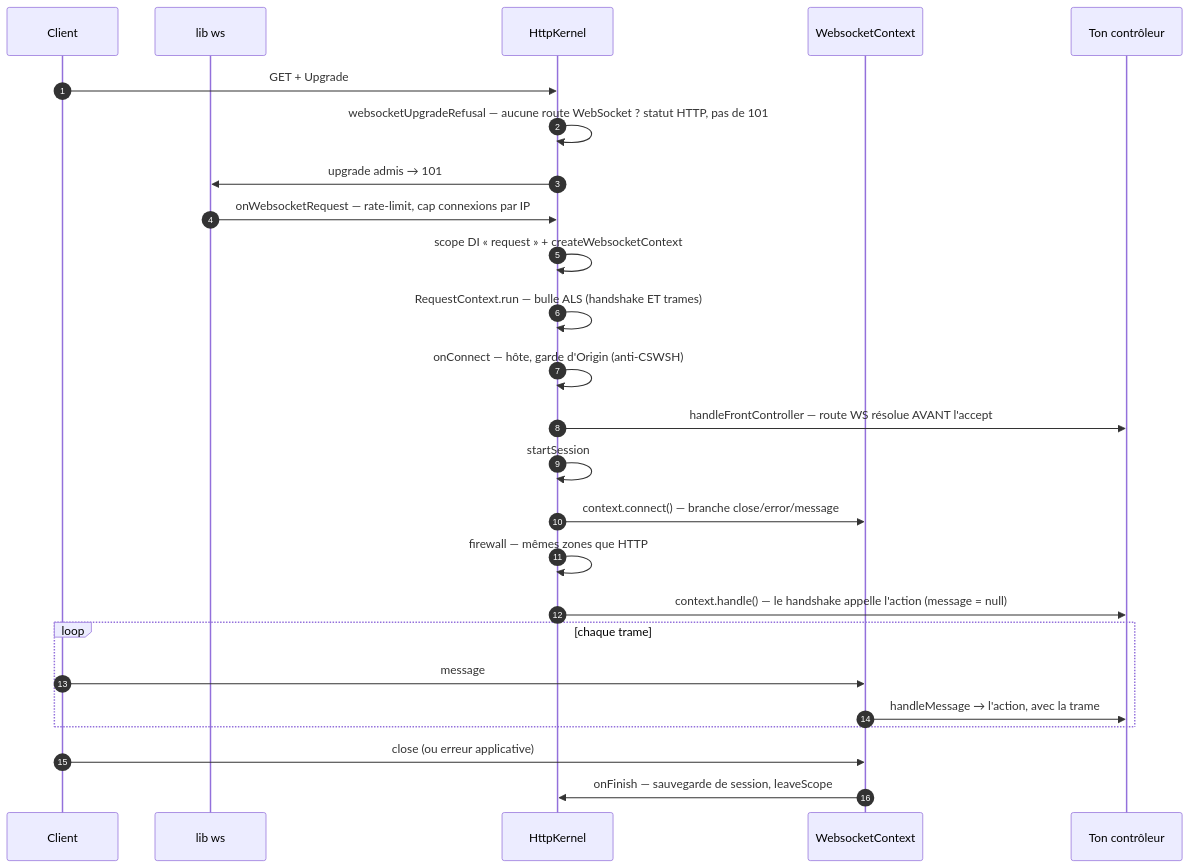
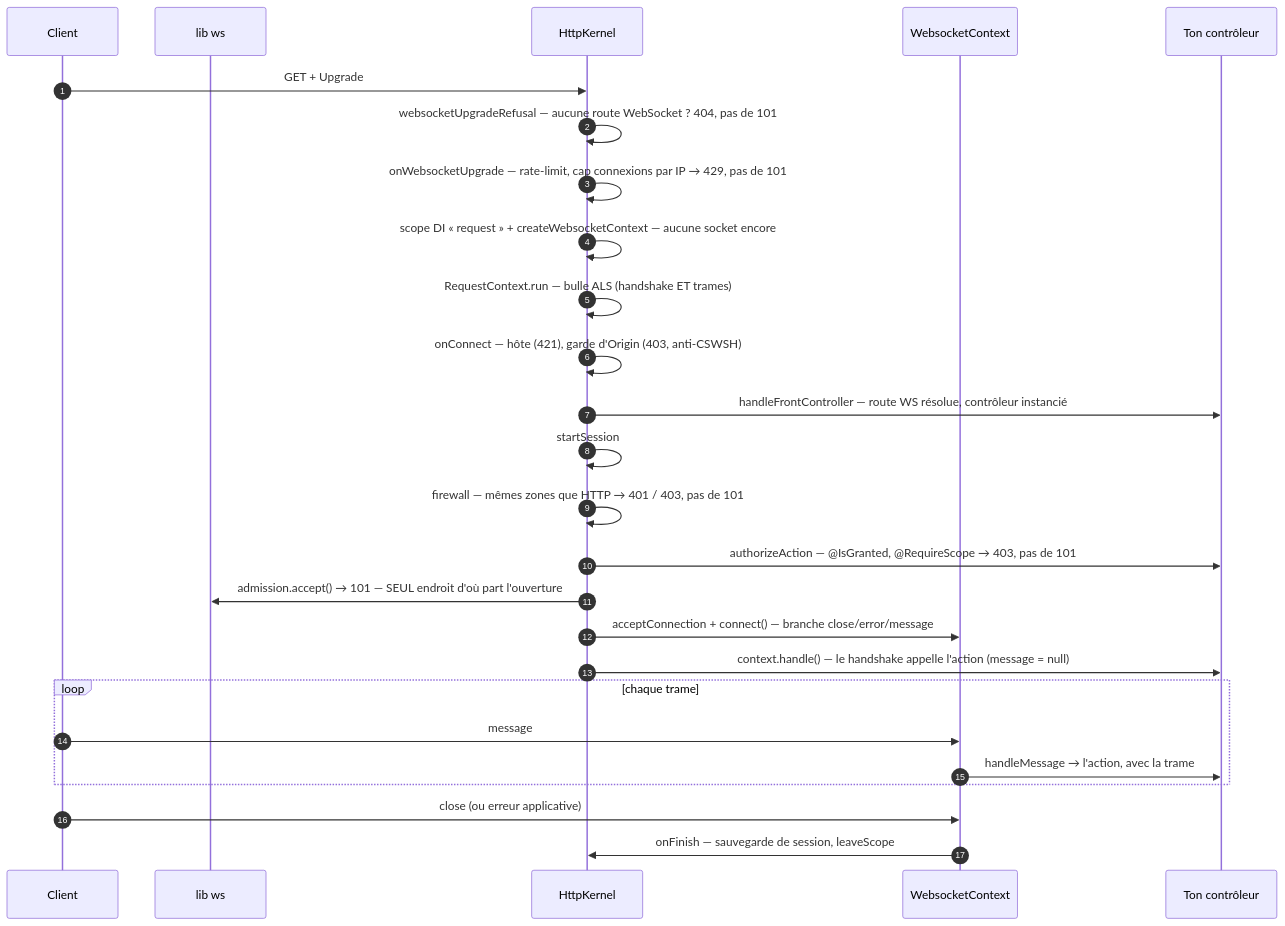
Before and after one commit to nodefony/nodefony-core: the third of 4 diagrams in docs/architecture/pipeline-requete.md, drawn with Mermaid. The commit also changed other lines of this file and 40 other files, not shown here.

First line of the commit message:
docs: dire le refus WebSocket avant le 101, et recaler les ancres par le diff

````diff
--- a/docs/architecture/pipeline-requete.md
+++ b/docs/architecture/pipeline-requete.md
@@ -325,27 +325,28 @@
 ```mermaid
 sequenceDiagram
   autonumber
   participant C as Client
   participant W as lib ws
   participant K as HttpKernel
   participant X as WebsocketContext
   participant A as Ton contrôleur
   C->>K: GET + Upgrade
-  K->>K: websocketUpgradeRefusal — aucune route WebSocket ? statut HTTP, pas de 101
-  K->>W: upgrade admis → 101
-  W->>K: onWebsocketRequest — rate-limit, cap connexions par IP
-  K->>K: scope DI « request » + createWebsocketContext
+  K->>K: websocketUpgradeRefusal — aucune route WebSocket ? 404, pas de 101
+  K->>K: onWebsocketUpgrade — rate-limit, cap connexions par IP → 429, pas de 101
+  K->>K: scope DI « request » + createWebsocketContext — aucune socket encore
   K->>K: RequestContext.run — bulle ALS (handshake ET trames)
-  K->>K: onConnect — hôte, garde d'Origin (anti-CSWSH)
-  K->>A: handleFrontController — route WS résolue AVANT l'accept
+  K->>K: onConnect — hôte (421), garde d'Origin (403, anti-CSWSH)
+  K->>A: handleFrontController — route WS résolue, contrôleur instancié
   K->>K: startSession
-  K->>X: context.connect() — branche close/error/message
-  K->>K: firewall — mêmes zones que HTTP
+  K->>K: firewall — mêmes zones que HTTP → 401 / 403, pas de 101
+  K->>A: authorizeAction — @IsGranted, @RequireScope → 403, pas de 101
+  K->>W: admission.accept() → 101 — SEUL endroit d'où part l'ouverture
+  K->>X: acceptConnection + connect() — branche close/error/message
   K->>A: context.handle() — le handshake appelle l'action (message = null)
   loop chaque trame
     C->>X: message
     X->>A: handleMessage → l'action, avec la trame
   end
   C->>X: close (ou erreur applicative)
   X->>K: onFinish — sauvegarde de session, leaveScope
 ```
````
